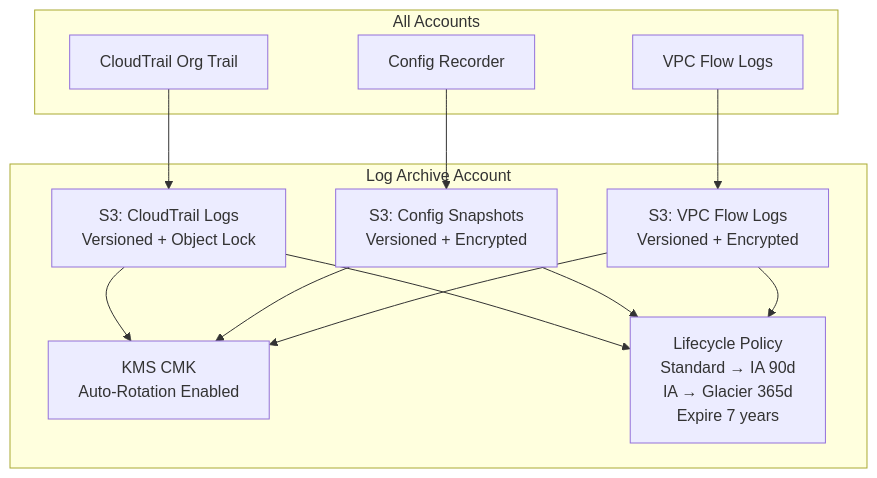
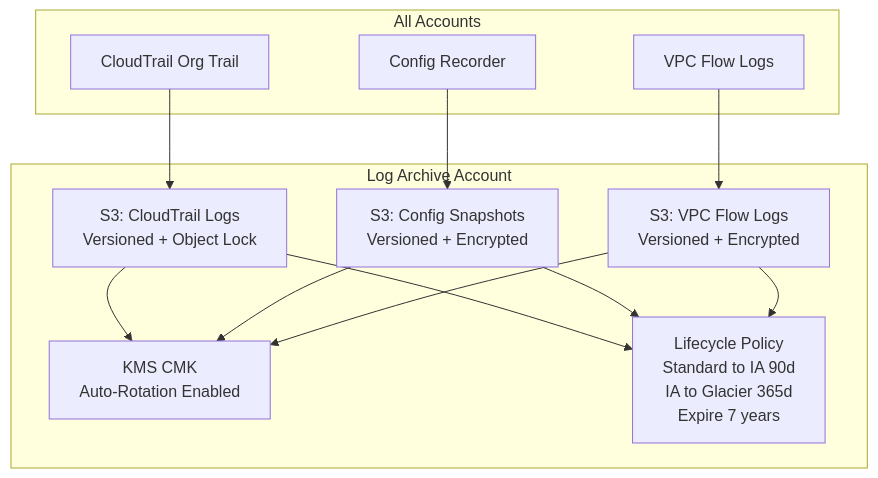
One commit to neuralrhythms/Cloud-Engineering-Projects changed the fourth of 4 diagrams in aws/landing-zone/README.md. Above: the diagram before and after it, drawn with Mermaid. The commit also changed other lines of this file and 167 other files, not shown here.

````diff
--- a/aws/landing-zone/README.md
+++ b/aws/landing-zone/README.md
@@ -162,30 +175,28 @@
 ```mermaid
 graph TD
     subgraph "All Accounts"
         CT_AGENT[CloudTrail Org Trail]
         CONFIG_AGENT[Config Recorder]
         FLOW_AGENT[VPC Flow Logs]
     end
-    
+
     subgraph "Log Archive Account"
         CT_BUCKET[S3: CloudTrail Logs<br/>Versioned + Object Lock]
         CFG_BUCKET[S3: Config Snapshots<br/>Versioned + Encrypted]
         FL_BUCKET[S3: VPC Flow Logs<br/>Versioned + Encrypted]
-        
         KMS_KEY[KMS CMK<br/>Auto-Rotation Enabled]
-        
-        LIFECYCLE[Lifecycle Policy<br/>Standard → IA 90d<br/>IA → Glacier 365d<br/>Expire 7 years]
+        LIFECYCLE[Lifecycle Policy<br/>Standard to IA 90d<br/>IA to Glacier 365d<br/>Expire 7 years]
     end
-    
+
     CT_AGENT --> CT_BUCKET
     CONFIG_AGENT --> CFG_BUCKET
     FLOW_AGENT --> FL_BUCKET
-    
+
     CT_BUCKET --> KMS_KEY
     CFG_BUCKET --> KMS_KEY
     FL_BUCKET --> KMS_KEY
-    
+
     CT_BUCKET --> LIFECYCLE
     CFG_BUCKET --> LIFECYCLE
     FL_BUCKET --> LIFECYCLE
 ```
````
